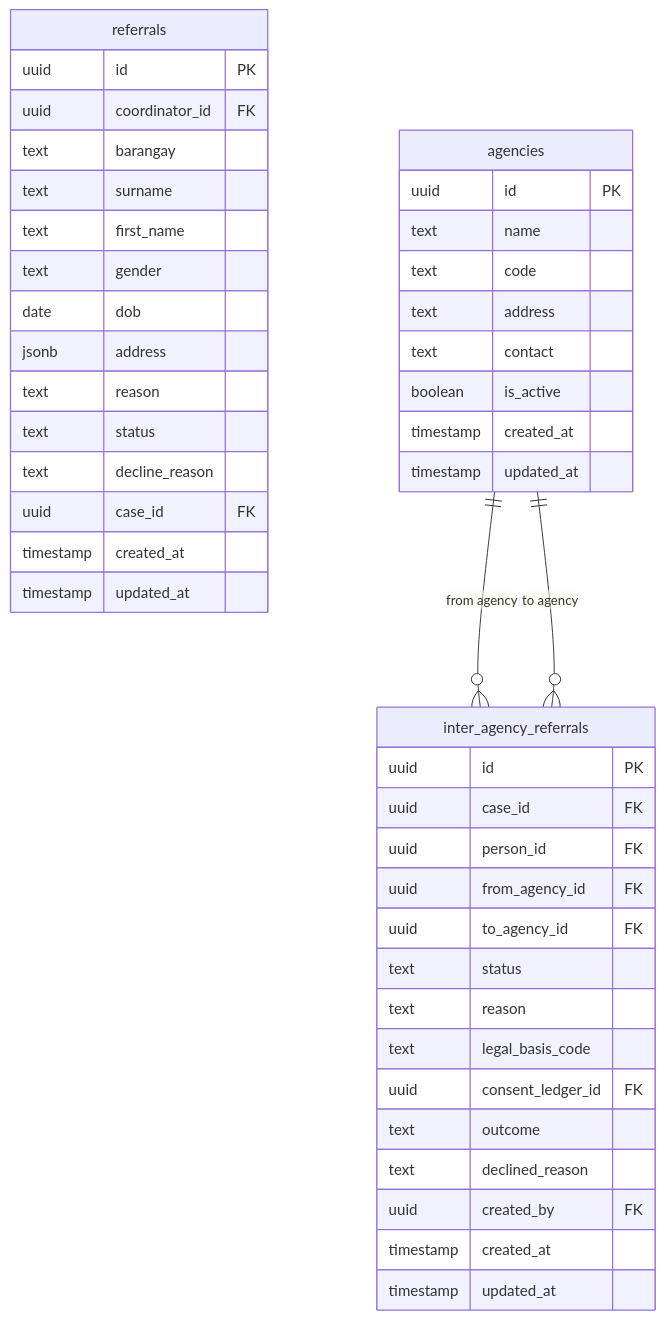
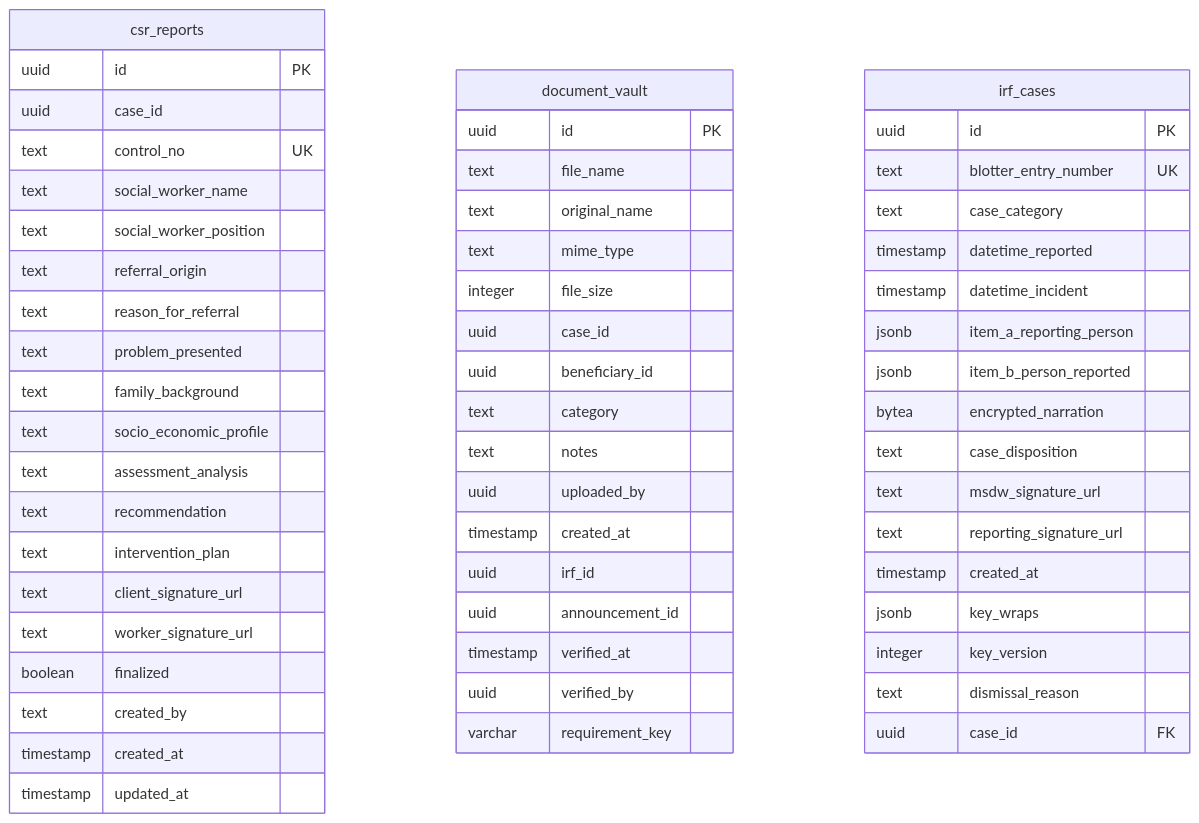
The sixth of 10 diagrams in docs/diagrams/06-erd.md (urlsalimbot/THESIS1-KAPWA), drawn with Mermaid before and after one commit. The commit also changed other lines of this file, not shown here.

First line of the commit message:
docs(erd): physical data model in Oracle Data Modeler notation

````diff
--- a/docs/diagrams/06-erd.md
+++ b/docs/diagrams/06-erd.md
@@ -299,47 +1322,63 @@
 ```mermaid
 erDiagram
-    referrals {
+    "csr_reports" {
         uuid id PK
-        uuid coordinator_id FK
-        text barangay
-        text surname
-        text first_name
-        text gender
-        date dob
-        jsonb address
-        text reason
-        text status
-        text decline_reason
-        uuid case_id FK
+        uuid case_id
+        text control_no UK
+        text social_worker_name
+        text social_worker_position
+        text referral_origin
+        text reason_for_referral
+        text problem_presented
+        text family_background
+        text socio_economic_profile
+        text assessment_analysis
+        text recommendation
+        text intervention_plan
+        text client_signature_url
+        text worker_signature_url
+        boolean finalized
+        text created_by
         timestamp created_at
         timestamp updated_at
     }
-    inter_agency_referrals {
+
+    "document_vault" {
         uuid id PK
+        text file_name
+        text original_name
+        text mime_type
+        integer file_size
+        uuid case_id
+        uuid beneficiary_id
+        text category
+        text notes
+        uuid uploaded_by
+        timestamp created_at
+        uuid irf_id
+        uuid announcement_id
+        timestamp verified_at
+        uuid verified_by
+        varchar requirement_key
+    }
+
+    "irf_cases" {
+        uuid id PK
+        text blotter_entry_number UK
+        text case_category
+        timestamp datetime_reported
+        timestamp datetime_incident
+        jsonb item_a_reporting_person
+        jsonb item_b_person_reported
+        bytea encrypted_narration
+        text case_disposition
+        text msdw_signature_url
+        text reporting_signature_url
+        timestamp created_at
+        jsonb key_wraps
+        integer key_version
+        text dismissal_reason
         uuid case_id FK
-        uuid person_id FK
-        uuid from_agency_id FK
-        uuid to_agency_id FK
-        text status
-        text reason
-        text legal_basis_code
-        uuid consent_ledger_id FK
-        text outcome
-        text declined_reason
-        uuid created_by FK
-        timestamp created_at
-        timestamp updated_at
     }
-    agencies {
-        uuid id PK
-        text name
-        text code
-        text address
-        text contact
-        boolean is_active
-        timestamp created_at
-        timestamp updated_at
-    }
-    agencies ||--o{ inter_agency_referrals : "from agency"
-    agencies ||--o{ inter_agency_referrals : "to agency"
+
 ```
````
